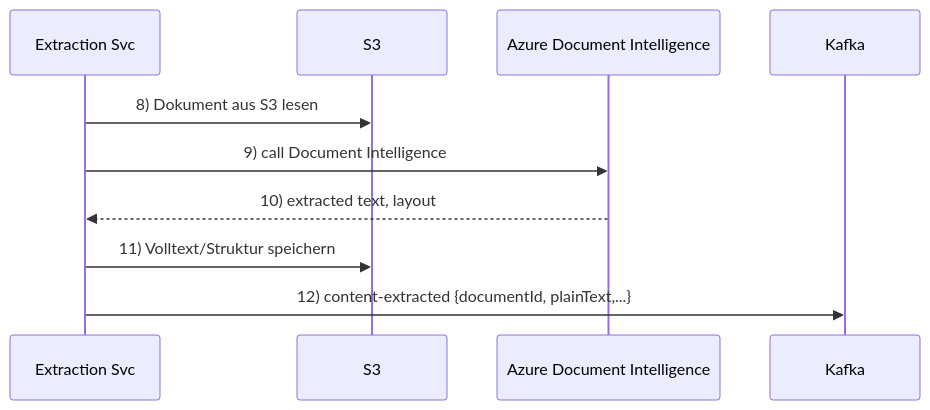
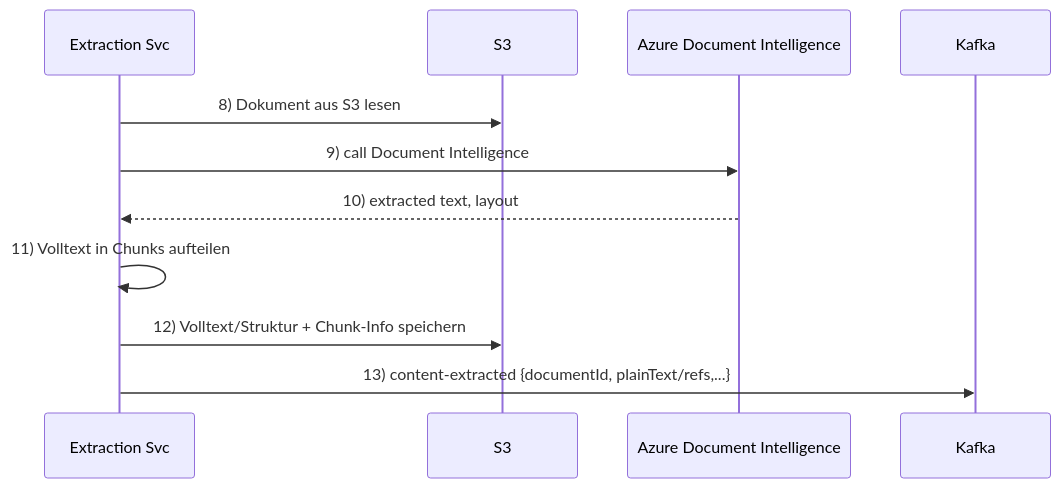
One commit to dome-codes/api-key-generator changed the sixth of 17 diagrams in .github/docs2/RAG-Pipeline-Wiki.md. Above: the diagram before and after it, drawn with Mermaid. The commit also changed other lines of this file and 2 other files, not shown here.

````diff
--- a/.github/docs2/RAG-Pipeline-Wiki.md
+++ b/.github/docs2/RAG-Pipeline-Wiki.md
@@ -228,13 +229,14 @@
 ```mermaid
 sequenceDiagram
     participant ES as Extraction Svc
     participant S3 as S3
     participant AZ as Azure Document Intelligence
     participant K as Kafka
 
     ES->>S3: 8) Dokument aus S3 lesen
     ES->>AZ: 9) call Document Intelligence
     AZ-->>ES: 10) extracted text, layout
-    ES->>S3: 11) Volltext/Struktur speichern
-    ES->>K: 12) content-extracted {documentId, plainText,...}
+    ES->>ES: 11) Volltext in Chunks aufteilen
+    ES->>S3: 12) Volltext/Struktur + Chunk-Info speichern
+    ES->>K: 13) content-extracted {documentId, plainText/refs,...}
 ```
````
